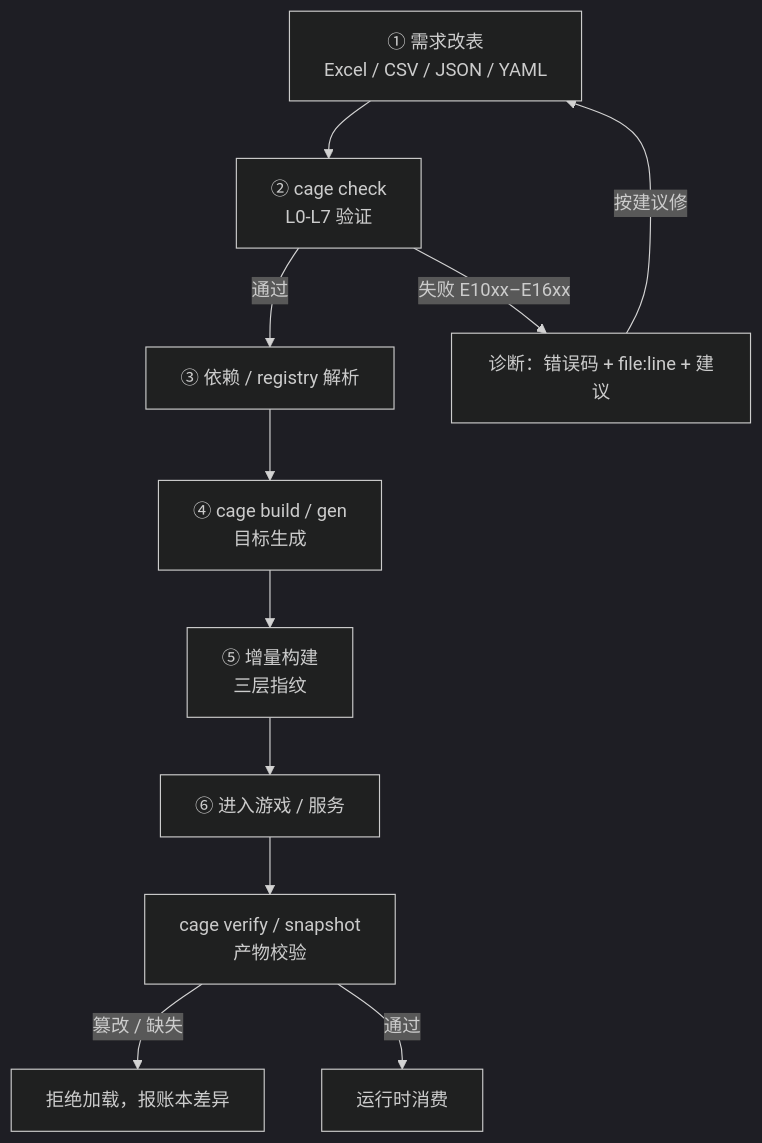
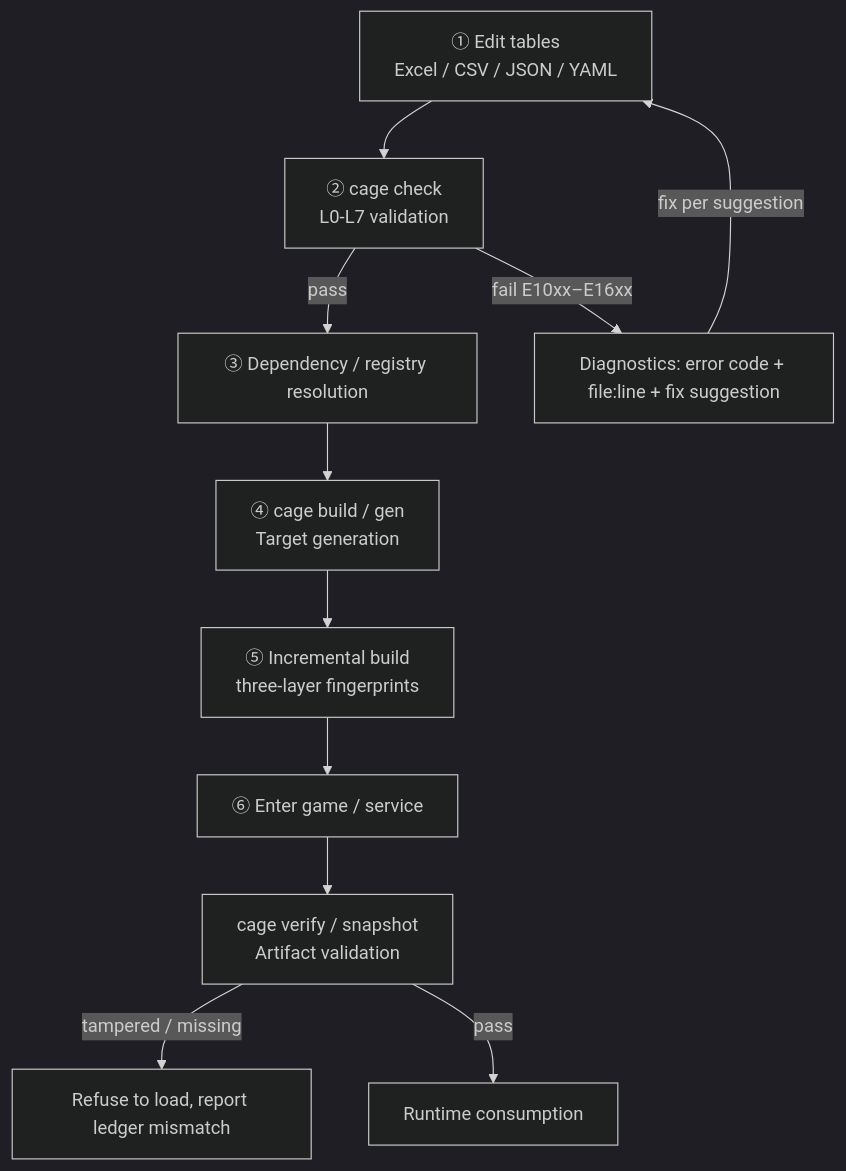
Before and after one commit to cuihairu/cage: the first of 2 diagrams in docs/lifecycle.md, drawn with Mermaid (dark theme). The commit also changed other lines of this file and 50 other files, not shown here.

````diff
--- a/docs/lifecycle.md
+++ b/docs/lifecycle.md
@@ -10,13 +12,13 @@
 ```mermaid
 flowchart TD
-    S0["① 需求改表<br/>Excel / CSV / JSON / YAML"] --> S1["② cage check<br/>L0-L7 验证"]
-    S1 -->|通过| S2["③ 依赖 / registry 解析"]
-    S1 -->|"失败 E10xx–E16xx"| F1["诊断：错误码 + file:line + 建议"]
-    F1 -->|按建议修| S0
-    S2 --> S3["④ cage build / gen<br/>目标生成"]
-    S3 --> S4["⑤ 增量构建<br/>三层指纹"]
-    S4 --> S5["⑥ 进入游戏 / 服务"]
-    S5 --> S6["cage verify / snapshot<br/>产物校验"]
-    S6 -->|篡改 / 缺失| F2["拒绝加载，报账本差异"]
-    S6 -->|通过| S7["运行时消费"]
+    S0["① Edit tables<br/>Excel / CSV / JSON / YAML"] --> S1["② cage check<br/>L0-L7 validation"]
+    S1 -->|pass| S2["③ Dependency / registry resolution"]
+    S1 -->|"fail E10xx–E16xx"| F1["Diagnostics: error code + file:line + fix suggestion"]
+    F1 -->|fix per suggestion| S0
+    S2 --> S3["④ cage build / gen<br/>Target generation"]
+    S3 --> S4["⑤ Incremental build<br/>three-layer fingerprints"]
+    S4 --> S5["⑥ Enter game / service"]
+    S5 --> S6["cage verify / snapshot<br/>Artifact validation"]
+    S6 -->|tampered / missing| F2["Refuse to load, report ledger mismatch"]
+    S6 -->|pass| S7["Runtime consumption"]
 ```
````
